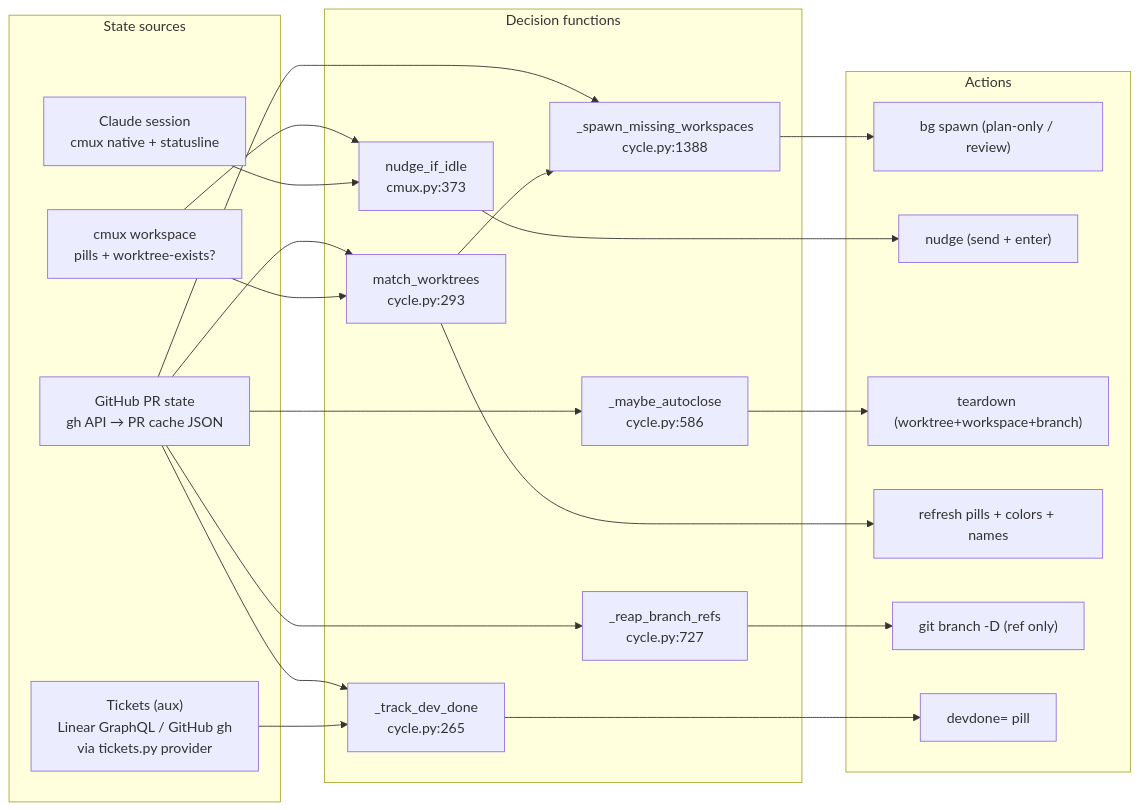
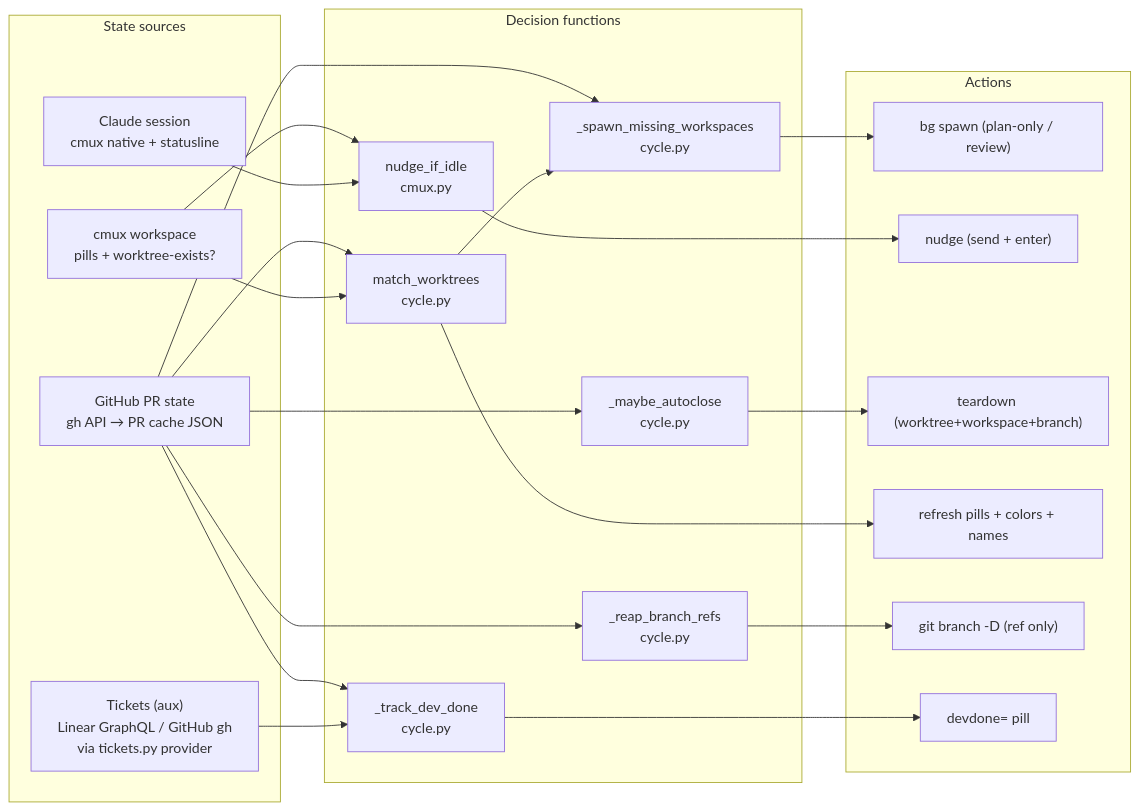
The first of 5 diagrams in docs/state-machine.md (khivi/cockpit), drawn with Mermaid before and after one commit. The commit also changed other lines of this file and 5 other files, not shown here.

First line of the commit message:
fix(config): ship + validate config.example.json; resync state-machine diagrams (#209)

````diff
--- a/docs/state-machine.md
+++ b/docs/state-machine.md
@@ -26,41 +26,41 @@
 ```mermaid
 flowchart LR
   subgraph SRC["State sources"]
     GH["GitHub PR state<br/>gh API → PR cache JSON"]
     CL["Claude session<br/>cmux native + statusline"]
     CM["cmux workspace<br/>pills + worktree-exists?"]
     LIN["Tickets (aux)<br/>Linear GraphQL / GitHub gh<br/>via tickets.py provider"]
   end
 
   subgraph DEC["Decision functions"]
-    MW["match_worktrees<br/>cycle.py:293"]
-    SM["_spawn_missing_workspaces<br/>cycle.py:1388"]
-    NI["nudge_if_idle<br/>cmux.py:373"]
-    DD["_track_dev_done<br/>cycle.py:265"]
-    AC["_maybe_autoclose<br/>cycle.py:586"]
-    BR["_reap_branch_refs<br/>cycle.py:727"]
+    MW["match_worktrees<br/>cycle.py"]
+    SM["_spawn_missing_workspaces<br/>cycle.py"]
+    NI["nudge_if_idle<br/>cmux.py"]
+    DD["_track_dev_done<br/>cycle.py"]
+    AC["_maybe_autoclose<br/>cycle.py"]
+    BR["_reap_branch_refs<br/>cycle.py"]
   end
 
   subgraph ACT["Actions"]
     A1["bg spawn (plan-only / review)"]
     A2["nudge (send + enter)"]
     A4["teardown (worktree+workspace+branch)"]
     A5["refresh pills + colors + names"]
     A6["git branch -D (ref only)"]
     A7["devdone= pill"]
   end
 
   GH --> MW & SM & AC & BR
   GH --> DD
   CM --> MW & NI
   CL --> NI
   LIN --> DD
 
   MW --> SM
   SM --> A1
   NI --> A2
   AC --> A4
   MW --> A5
   BR --> A6
   DD --> A7
 ```
````
